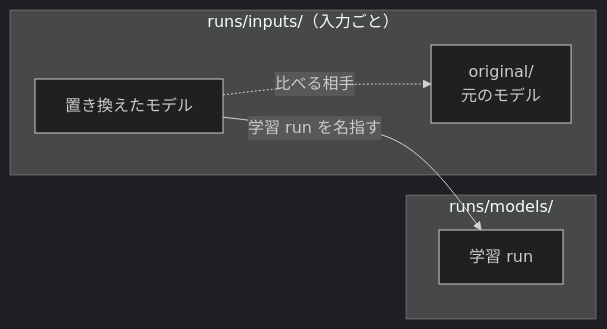
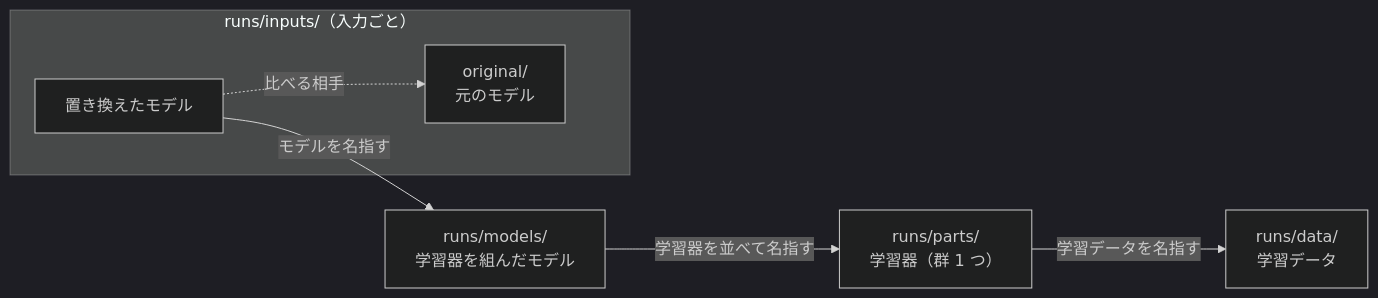
Before and after one commit to MunechikaHaruki/SINDyNeuroSurrogate: the third of 3 diagrams in README.md, drawn with Mermaid (dark theme). The commit also changed 349 other files, not shown here.

````diff
--- a/README.md
+++ b/README.md
@@ -93,12 +93,14 @@
 ```mermaid
 flowchart LR
-  subgraph models["runs/models/"]
-    train["学習 run"]
-  end
+  data["runs/data/<br/>学習データ"]
+  parts["runs/parts/<br/>学習器（群 1 つ）"]
+  models["runs/models/<br/>学習器を組んだモデル"]
   subgraph inputs["runs/inputs/（入力ごと）"]
     original["original/<br/>元のモデル"]
     replaced["置き換えたモデル"]
   end
-  replaced -- "学習 run を名指す" --> train
+  parts -- "学習データを名指す" --> data
+  models -- "学習器を並べて名指す" --> parts
+  replaced -- "モデルを名指す" --> models
   replaced -. "比べる相手" .-> original
 ```
````
